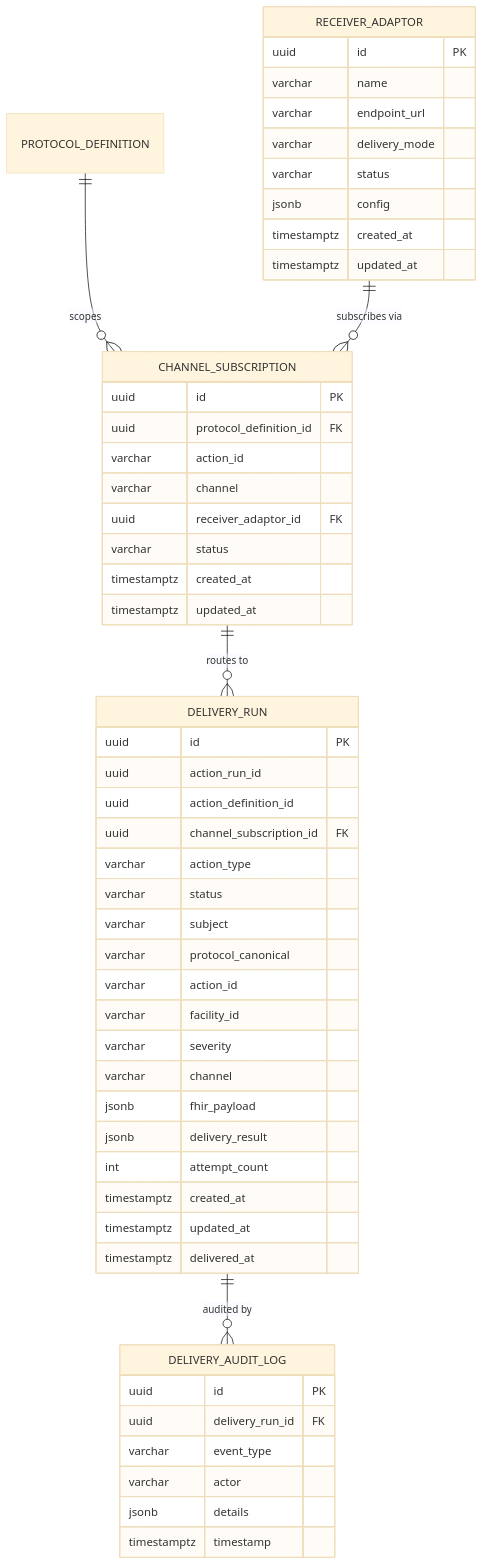
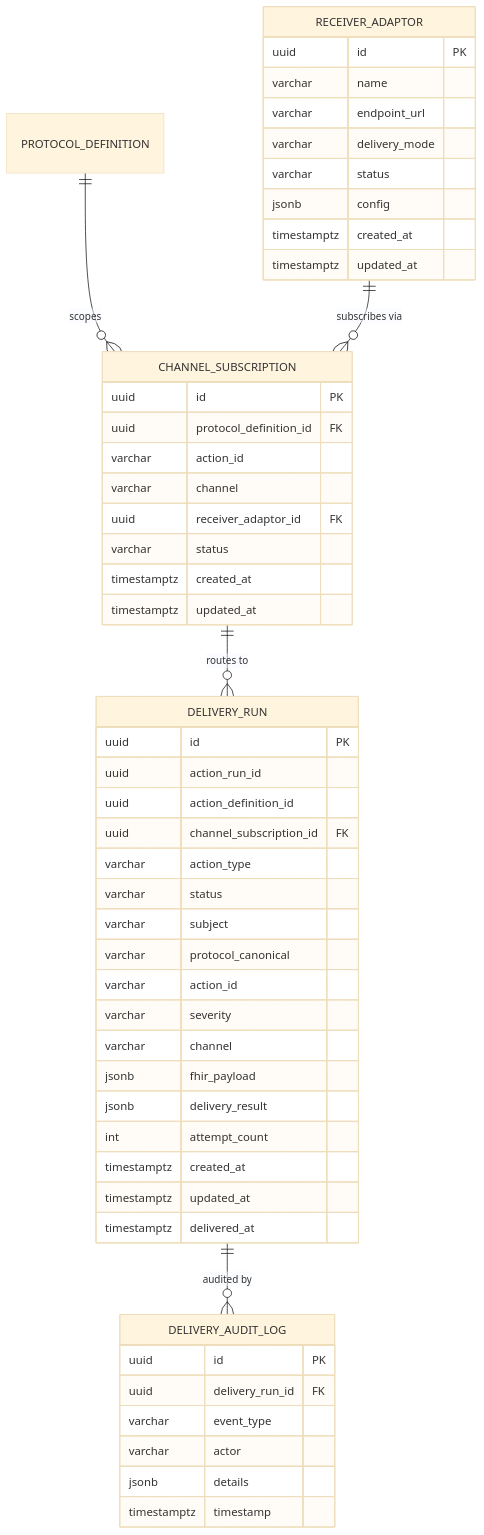
One commit to Jayaprakash8887/cce-intelligence-service changed the diagram in docs/data-dictionary.md. Above: the diagram before and after it, drawn with Mermaid (base theme). The commit also changed other lines of this file and 4 other files, not shown here.

````diff
--- a/docs/data-dictionary.md
+++ b/docs/data-dictionary.md
@@ -27,59 +27,58 @@
 ```mermaid
 erDiagram
     PROTOCOL_DEFINITION ||--o{ CHANNEL_SUBSCRIPTION : "scopes"
     RECEIVER_ADAPTOR ||--o{ CHANNEL_SUBSCRIPTION : "subscribes via"
     CHANNEL_SUBSCRIPTION ||--o{ DELIVERY_RUN : "routes to"
     DELIVERY_RUN ||--o{ DELIVERY_AUDIT_LOG : "audited by"
 
     RECEIVER_ADAPTOR {
         uuid id PK
         varchar name
         varchar endpoint_url
         varchar delivery_mode
         varchar status
         jsonb config
         timestamptz created_at
         timestamptz updated_at
     }
 
     CHANNEL_SUBSCRIPTION {
         uuid id PK
         uuid protocol_definition_id FK
         varchar action_id
         varchar channel
         uuid receiver_adaptor_id FK
         varchar status
         timestamptz created_at
         timestamptz updated_at
     }
 
     DELIVERY_RUN {
         uuid id PK
         uuid action_run_id
         uuid action_definition_id
         uuid channel_subscription_id FK
         varchar action_type
         varchar status
         varchar subject
         varchar protocol_canonical
         varchar action_id
-        varchar facility_id
         varchar severity
         varchar channel
         jsonb fhir_payload
         jsonb delivery_result
         int attempt_count
         timestamptz created_at
         timestamptz updated_at
         timestamptz delivered_at
     }
 
     DELIVERY_AUDIT_LOG {
         uuid id PK
         uuid delivery_run_id FK
         varchar event_type
         varchar actor
         jsonb details
         timestamptz timestamp
     }
 ```
````
